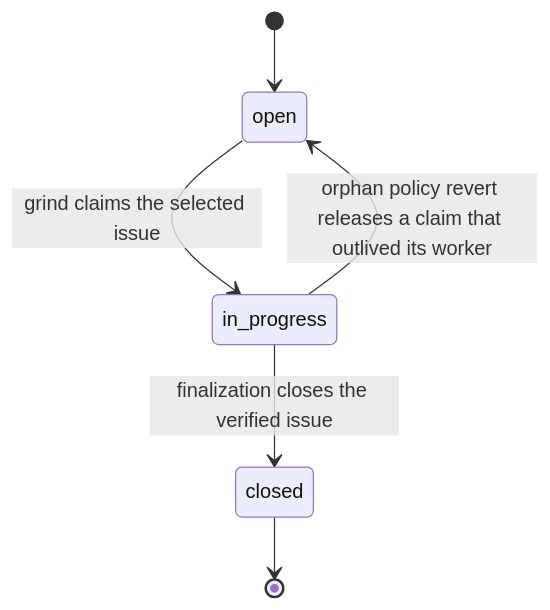
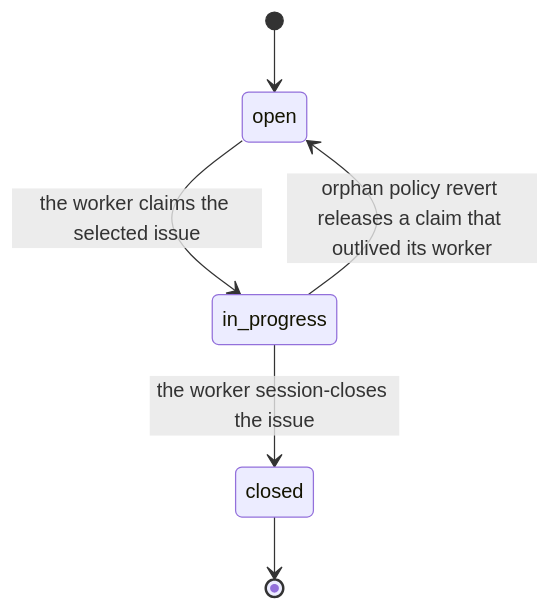
One commit to who/copier-project-archetype changed the diagram in README.md. Above: the diagram before and after it, drawn with Mermaid. The commit also changed other lines of this file and 3 other files, not shown here.

````diff
--- a/README.md
+++ b/README.md
@@ -285,9 +253,9 @@
 ```mermaid
 stateDiagram-v2
     direction TB
     [*] --> open
-    open --> in_progress: grind claims the selected issue
+    open --> in_progress: the worker claims the selected issue
     in_progress --> open: orphan policy revert releases a claim that outlived its worker
-    in_progress --> closed: finalization closes the verified issue
+    in_progress --> closed: the worker session-closes the issue
     closed --> [*]
 ```
````
